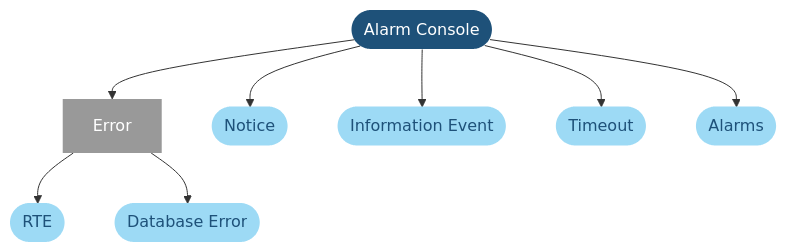
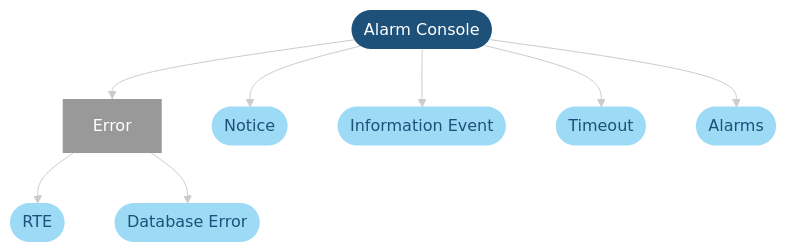
One commit to SkylineCommunications/dataminer-docs changed the diagram in user-guide/Troubleshooting/Troubleshooting_Flowcharts/Troubleshooting_Identify_Per_Module/Alarm_Console/Troubleshooting_Alarm_Console.md. Above: the diagram before and after it, drawn with Mermaid. The commit also changed 17 other files, not shown here.

Commit message:
graph -> flowchart + color=grey

```diff
--- a/user-guide/Troubleshooting/Troubleshooting_Flowcharts/Troubleshooting_Identify_Per_Module/Alarm_Console/Troubleshooting_Alarm_Console.md
+++ b/user-guide/Troubleshooting/Troubleshooting_Flowcharts/Troubleshooting_Identify_Per_Module/Alarm_Console/Troubleshooting_Alarm_Console.md
@@ -12,32 +12,33 @@
 <div class="mermaid">
-graph TD
+flowchart TD
     %% Define styles %%
+    linkStyle default stroke:#cccccc
     classDef classTerminal fill:#1e5179,stroke:#1e5179,color:#ffffff,stroke-width:0px;
     classDef classDecision fill:#4baeea,stroke:#4baeea,color:#ffffff,stroke-width:0px;
     classDef classExternalRef fill:#9ddaf5,stroke:#9ddaf5,color:#1E5179,stroke-width:0px;
     classDef classActionClickable fill:#999999,stroke:#999999,color:#ffffff,stroke-width:0px;
     classDef classAction fill:#dddddd,stroke:#dddddd,color:#1E5179,stroke-width:0px;
     classDef classSolution fill:#58595b,stroke:#58595b,color:#ffffff,stroke-width:0px;
     %% Define blocks %%
     START([Alarm Console])
     Error[Error]
     Rte([RTE])
     dberror([Database Error])
     Notice([Notice])
     InfoEvent([Information Event])
     TimeOut([Timeout])
     Alarms([Alarms])
     %% Connect blocks %%
     START --> Error
     Error --> Rte
     Error --> dberror
     START --> Notice
     START --> InfoEvent
     START --> TimeOut
     START --> Alarms
     %% Define hyperlinks %%
     %% Apply styles to blocks %%
     class START classTerminal;
     class Rte,dberror,Notice,InfoEvent,TimeOut,Alarms classExternalRef;
     class Error classActionClickable;
 </div>
```
